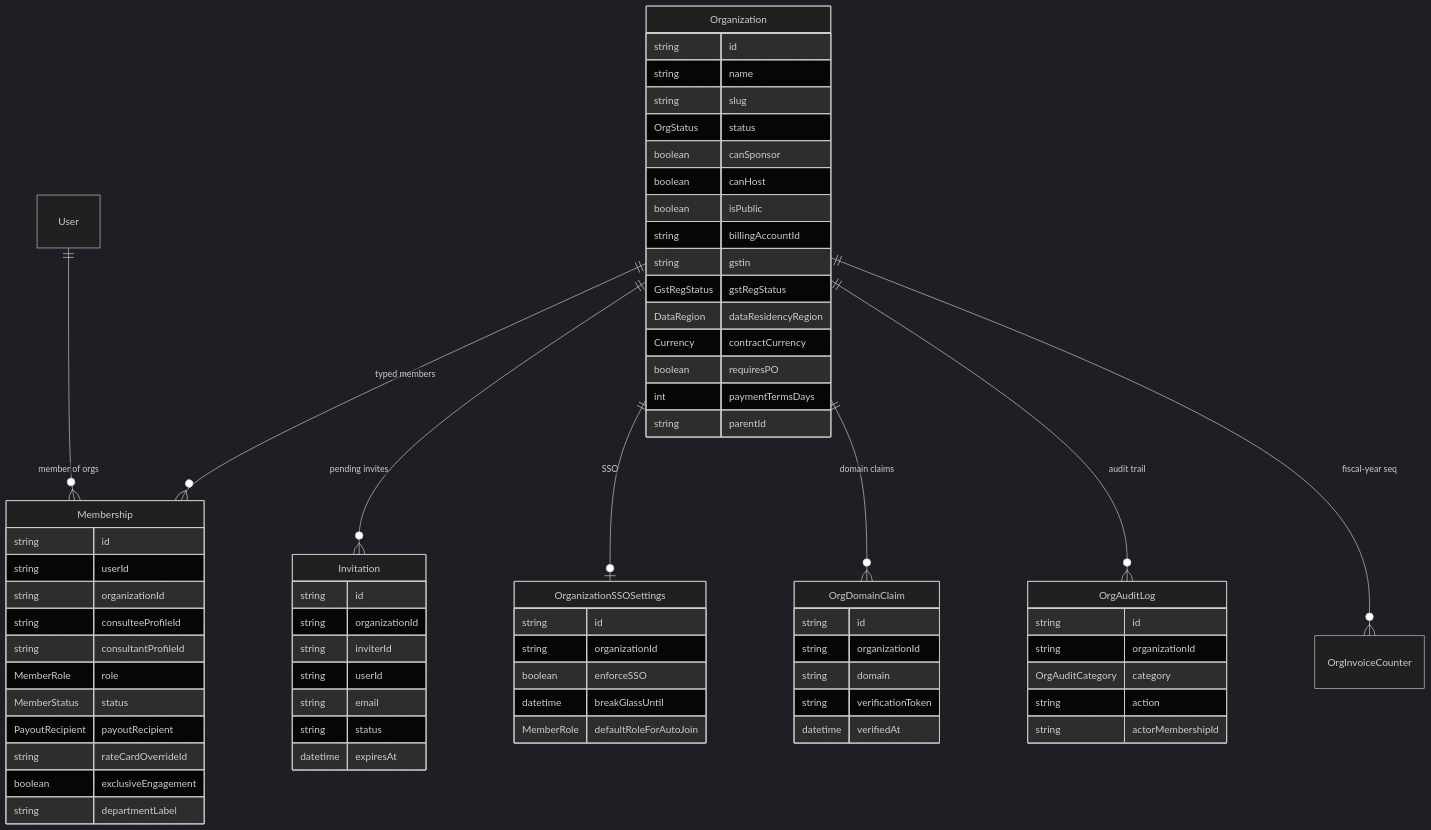
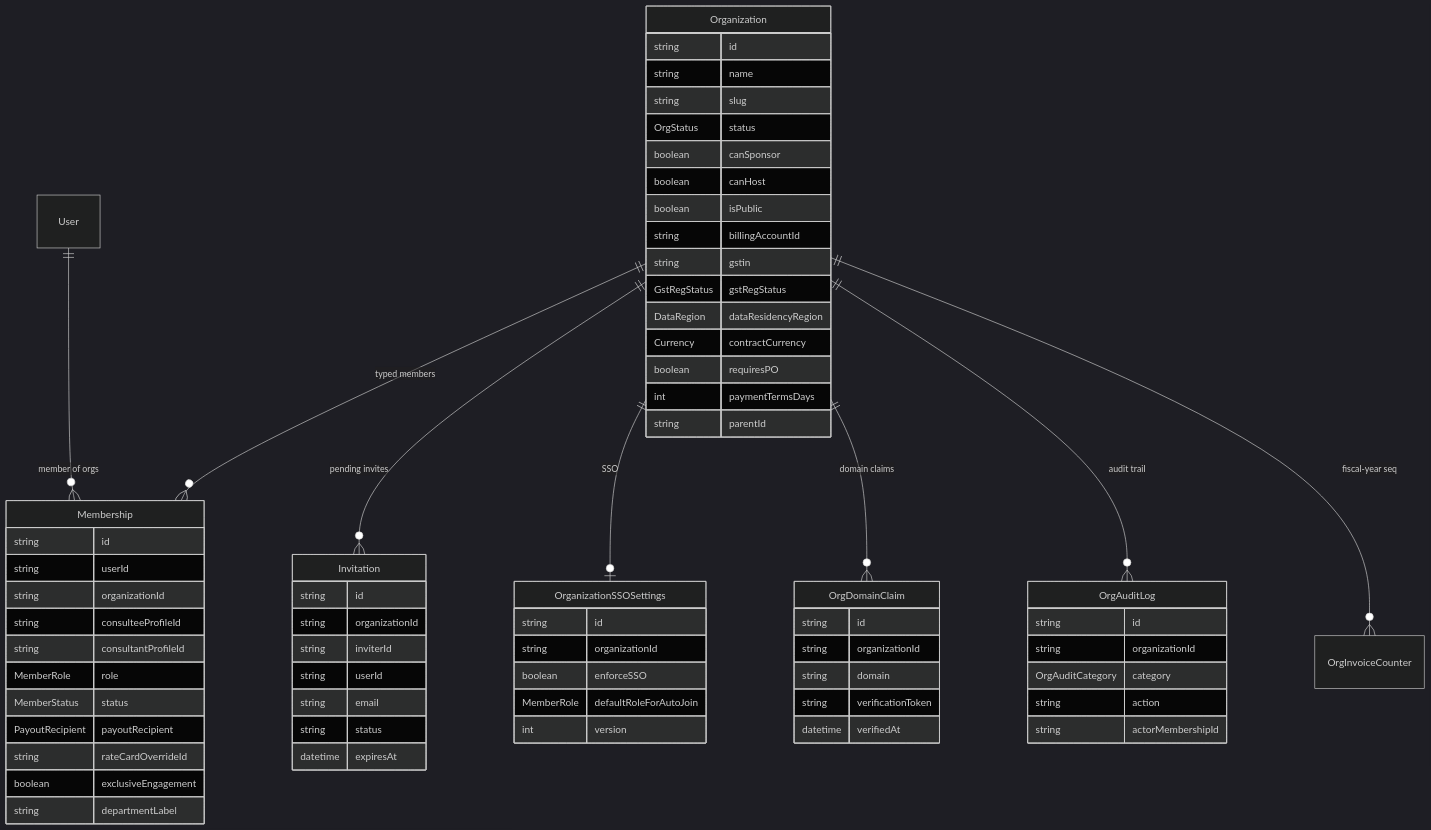
One commit to Practitionist/familiarise_web changed diagram 18 of 24 in docs/prisma/00-schema-map.md. Above: the diagram before and after it, drawn with Mermaid (dark theme). The commit also changed other lines of this file and 2 other files, not shown here.

First line of the commit message:
docs(compliance): drop SCIM and break-glass from the schema map and compliance notes

````diff
--- a/docs/prisma/00-schema-map.md
+++ b/docs/prisma/00-schema-map.md
@@ -1228,71 +1238,71 @@
 ```mermaid
 erDiagram
     Organization {
         string id
         string name
         string slug
         OrgStatus status
         boolean canSponsor
         boolean canHost
         boolean isPublic
         string billingAccountId
         string gstin
         GstRegStatus gstRegStatus
         DataRegion dataResidencyRegion
         Currency contractCurrency
         boolean requiresPO
         int paymentTermsDays
         string parentId
     }
     Membership {
         string id
         string userId
         string organizationId
         string consulteeProfileId
         string consultantProfileId
         MemberRole role
         MemberStatus status
         PayoutRecipient payoutRecipient
         string rateCardOverrideId
         boolean exclusiveEngagement
         string departmentLabel
     }
     Invitation {
         string id
         string organizationId
         string inviterId
         string userId
         string email
         string status
         datetime expiresAt
     }
     OrganizationSSOSettings {
         string id
         string organizationId
         boolean enforceSSO
-        datetime breakGlassUntil
         MemberRole defaultRoleForAutoJoin
+        int version
     }
     OrgDomainClaim {
         string id
         string organizationId
         string domain
         string verificationToken
         datetime verifiedAt
     }
     OrgAuditLog {
         string id
         string organizationId
         OrgAuditCategory category
         string action
         string actorMembershipId
     }
 
     Organization ||--o{ Membership : "typed members"
     Organization ||--o{ Invitation : "pending invites"
     Organization ||--o| OrganizationSSOSettings : "SSO"
     Organization ||--o{ OrgDomainClaim : "domain claims"
     Organization ||--o{ OrgAuditLog : "audit trail"
     Organization ||--o{ OrgInvoiceCounter : "fiscal-year seq"
     User ||--o{ Membership : "member of orgs"
 ```
````
